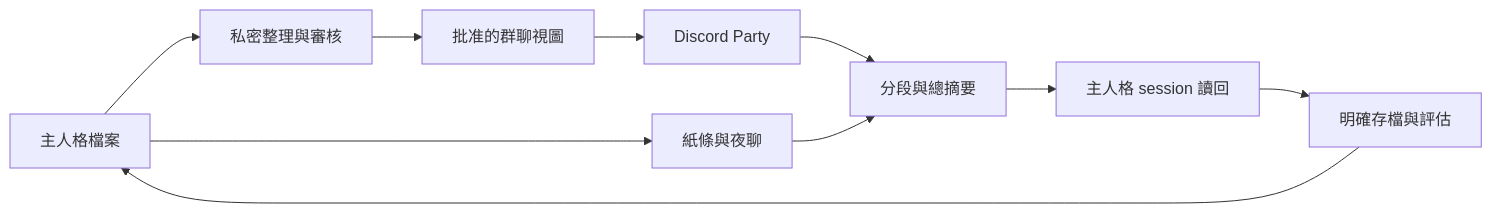
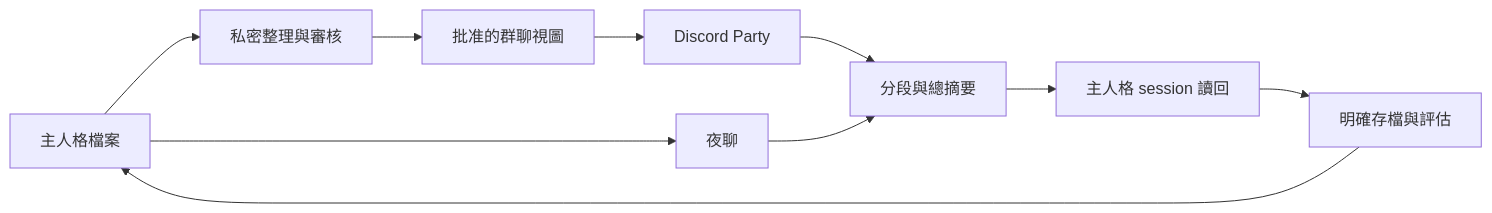
One commit to KerberosClaw/kc_agent_a2a changed the diagram in README_zh.md. Above: the diagram before and after it, drawn with Mermaid. The commit also changed other lines of this file and 41 other files, not shown here.

````diff
--- a/README_zh.md
+++ b/README_zh.md
@@ -34,12 +38,12 @@
 ```mermaid
 flowchart LR
-    P[主人格檔案] --> N[紙條與夜聊]
+    P[主人格檔案] --> N[夜聊]
     P --> C[私密整理與審核]
     C --> V[批准的群聊視圖]
     V --> D[Discord Party]
     D --> S[分段與總摘要]
     N --> S
     S --> M[主人格 session 讀回]
     M --> H[明確存檔與評估]
     H --> P
 ```
````
